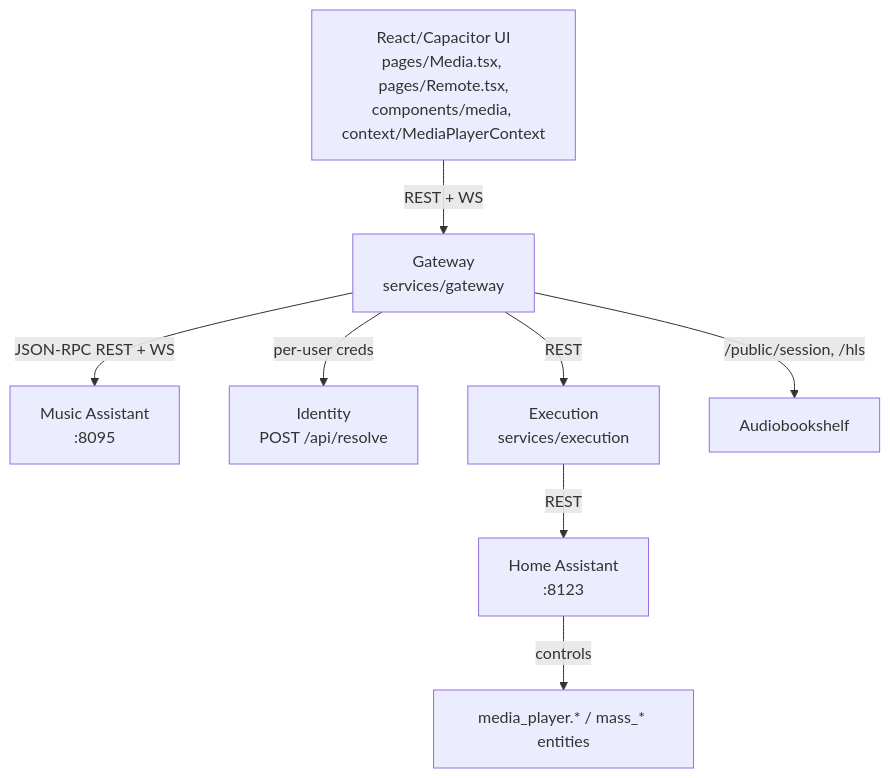
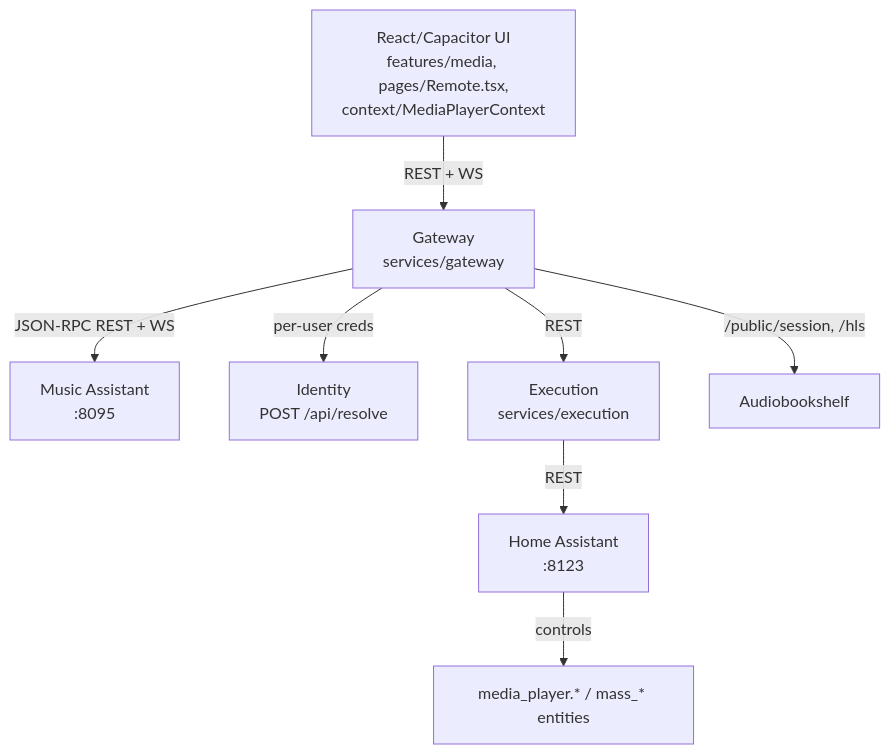
The diagram in docs/MEDIA_PLAYER.md (JMiahMan1/SharedLLM), drawn with Mermaid before and after one commit. The commit also changed other lines of this file and 48 other files, not shown here.

Commit message:
Media: the media section lives in features/media; the browse modal and unused per-service calls are gone (P5-T8)

````diff
--- a/docs/MEDIA_PLAYER.md
+++ b/docs/MEDIA_PLAYER.md
@@ -11,10 +11,10 @@
 ```mermaid
 graph TD
-    UI[React/Capacitor UI<br/>pages/Media.tsx, pages/Remote.tsx,<br/>components/media, context/MediaPlayerContext] -->|REST + WS| GW[Gateway<br/>services/gateway]
+    UI[React/Capacitor UI<br/>features/media, pages/Remote.tsx,<br/>context/MediaPlayerContext] -->|REST + WS| GW[Gateway<br/>services/gateway]
     GW -->|JSON-RPC REST + WS| MA[Music Assistant<br/>:8095]
     GW -->|per-user creds| ID[Identity<br/>POST /api/resolve]
     GW -->|REST| EX[Execution<br/>services/execution]
     EX -->|REST| HA[Home Assistant<br/>:8123]
     GW -->|/public/session, /hls| ABS[Audiobookshelf]
     HA -->|controls| PLAYERS[media_player.* / mass_* entities]
 ```
````
